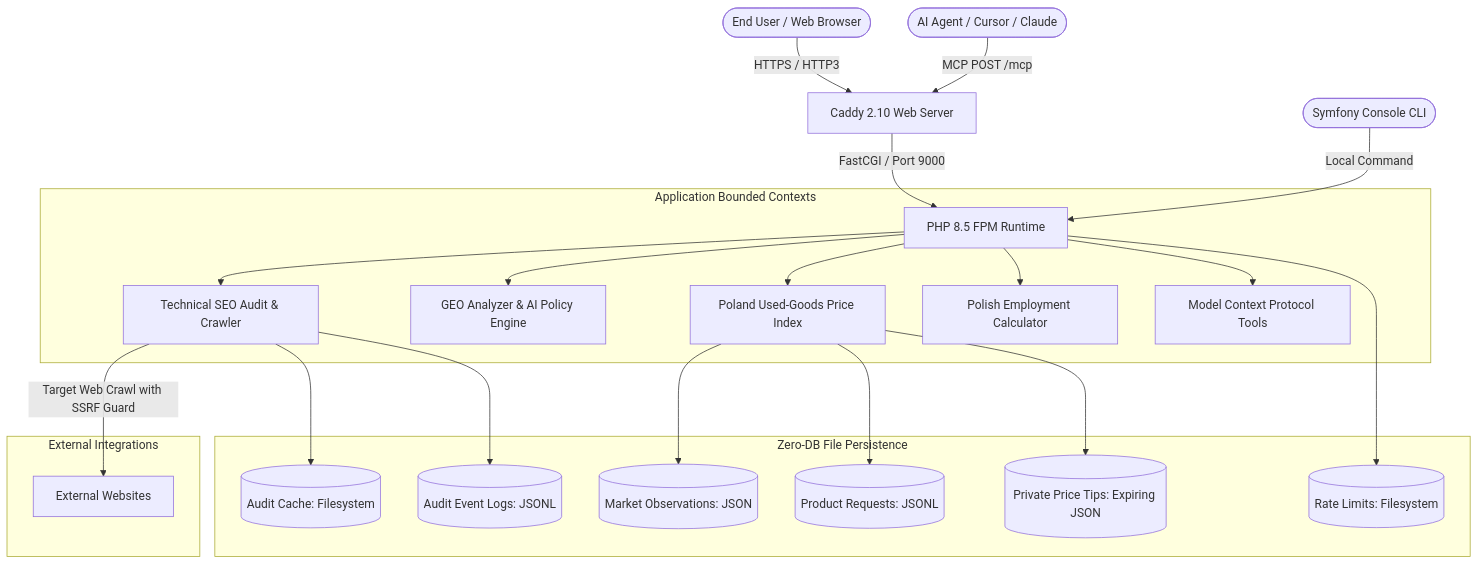
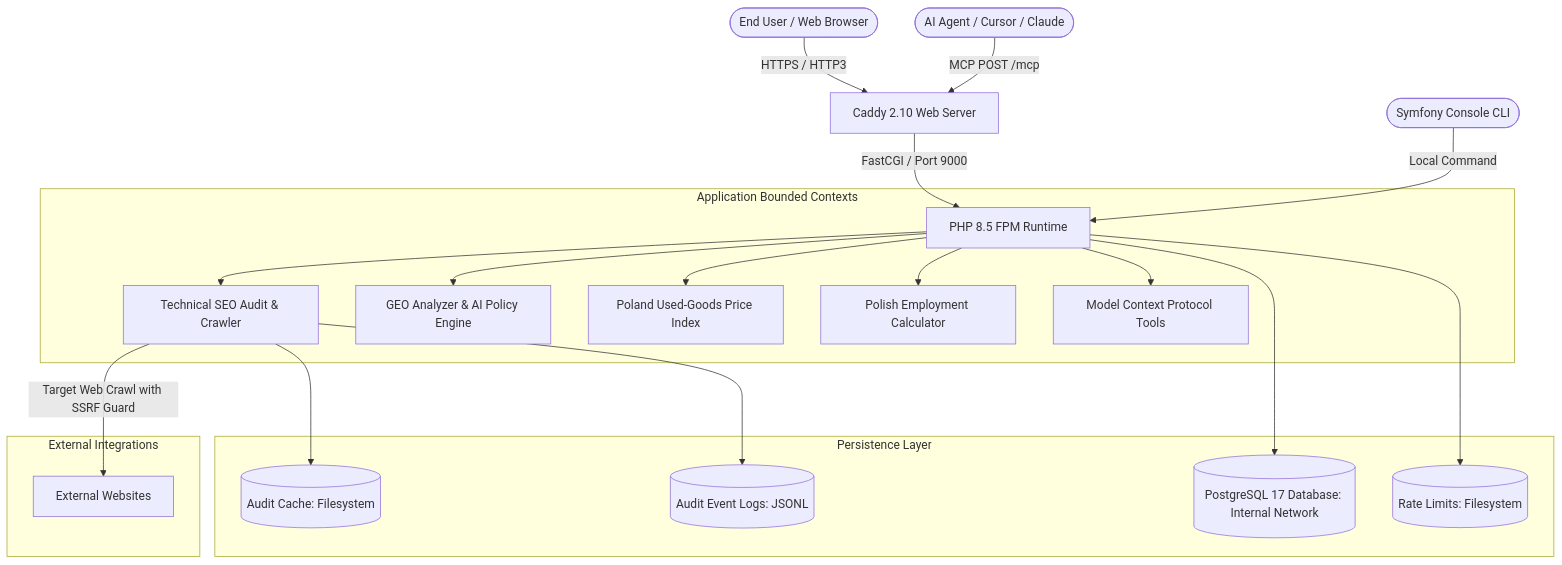
The first of 3 diagrams in ARCHITECTURE.md (bahdanhal/landing), drawn with Mermaid before and after one commit. The commit also changed other lines of this file and 31 other files, not shown here.

Commit message:
Migrate persistence layer to PostgreSQL and Doctrine ORM

````diff
--- a/ARCHITECTURE.md
+++ b/ARCHITECTURE.md
@@ -9,29 +9,27 @@
 ```mermaid
 graph TD
     User([End User / Web Browser]) -->|HTTPS / HTTP3| Caddy[Caddy 2.10 Web Server]
     Agent([AI Agent / Cursor / Claude]) -->|MCP POST /mcp| Caddy
     CLI([Symfony Console CLI]) -->|Local Command| PHP[PHP 8.5 FPM Runtime]
 
     Caddy -->|FastCGI / Port 9000| PHP
     
     subgraph "Application Bounded Contexts"
         PHP --> AuditContext[Technical SEO Audit & Crawler]
         PHP --> GeoContext[GEO Analyzer & AI Policy Engine]
         PHP --> MarketContext[Poland Used-Goods Price Index]
         PHP --> IncomeContext[Polish Employment Calculator]
         PHP --> McpContext[Model Context Protocol Tools]
     end
 
     subgraph "External Integrations"
         AuditContext -->|Target Web Crawl with SSRF Guard| InternetTarget[External Websites]
     end
 
-    subgraph "Zero-DB File Persistence"
+    subgraph "Persistence Layer"
+        PHP --> PostgreSQL[(PostgreSQL 17 Database: Internal Network)]
         AuditContext --> AuditCache[(Audit Cache: Filesystem)]
         AuditContext --> AuditLogs[(Audit Event Logs: JSONL)]
-        MarketContext --> MarketData[(Market Observations: JSON)]
-        MarketContext --> ProductReqs[(Product Requests: JSONL)]
-        MarketContext --> PriceTips[(Private Price Tips: Expiring JSON)]
         PHP --> RateLimits[(Rate Limits: Filesystem)]
     end
 ```
````
